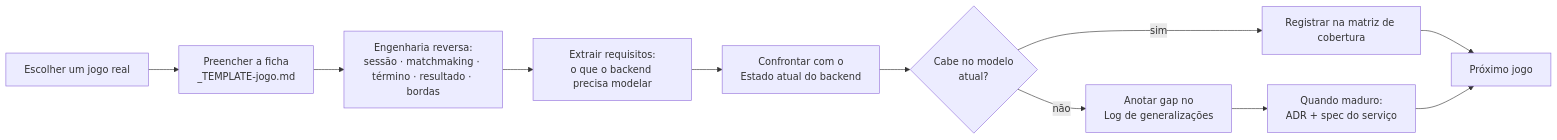
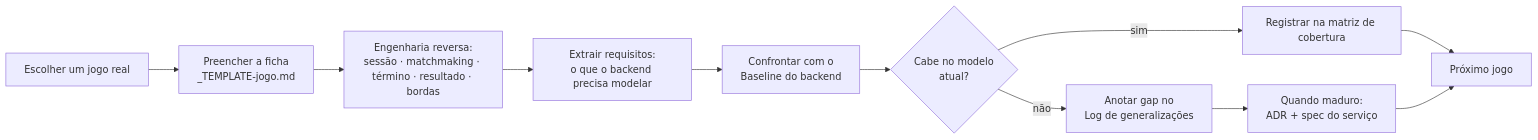
Before and after one commit to vitormartins1/go-multiplayer-control-plane: the diagram in docs/game-models/README.md, drawn with Mermaid. The commit also changed other lines of this file and 18 other files, not shown here.

````diff
--- a/docs/game-models/README.md
+++ b/docs/game-models/README.md
@@ -21,13 +21,13 @@
 ```mermaid
 flowchart LR
     A[Escolher um jogo real] --> B[Preencher a ficha<br/>_TEMPLATE-jogo.md]
     B --> C[Engenharia reversa:<br/>sessão · matchmaking · término · resultado · bordas]
     C --> D[Extrair requisitos:<br/>o que o backend precisa modelar]
-    D --> E[Confrontar com o<br/>Estado atual do backend]
+    D --> E[Confrontar com o<br/>Baseline do backend]
     E --> F{Cabe no modelo<br/>atual?}
     F -->|sim| G[Registrar na matriz de cobertura]
     F -->|não| H[Anotar gap no<br/>Log de generalizações]
     H --> I[Quando maduro:<br/>ADR + spec do serviço]
     G --> J[Próximo jogo]
     I --> J
 ```
````
